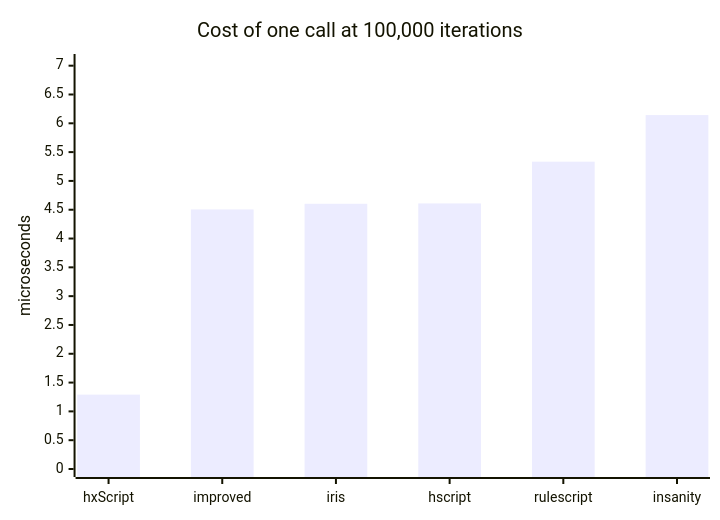
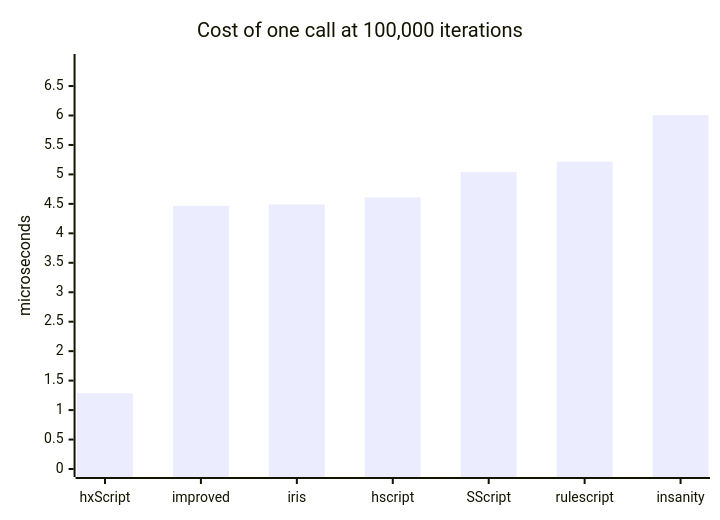
Before and after one commit to MeguminBOT/hxscript: the second of 2 diagrams in docs/benchmarks.md, drawn with Mermaid. The commit also changed other lines of this file and 3 other files, not shown here.

````diff
--- a/docs/benchmarks.md
+++ b/docs/benchmarks.md
@@ -216,7 +216,7 @@
 ```mermaid
 xychart-beta
     title "Cost of one call at 100,000 iterations"
-    x-axis ["hxScript", "improved", "iris", "hscript", "rulescript", "insanity"]
-    y-axis "microseconds" 0 --> 7.064
-    bar [1.291, 4.505, 4.603, 4.609, 5.334, 6.143]
+    x-axis ["hxScript", "improved", "iris", "hscript", "SScript", "rulescript", "insanity"]
+    y-axis "microseconds" 0 --> 6.908
+    bar [1.285, 4.468, 4.490, 4.610, 5.039, 5.216, 6.007]
 ```
````
